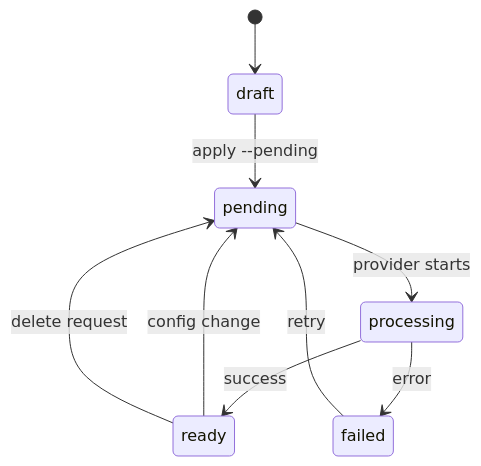
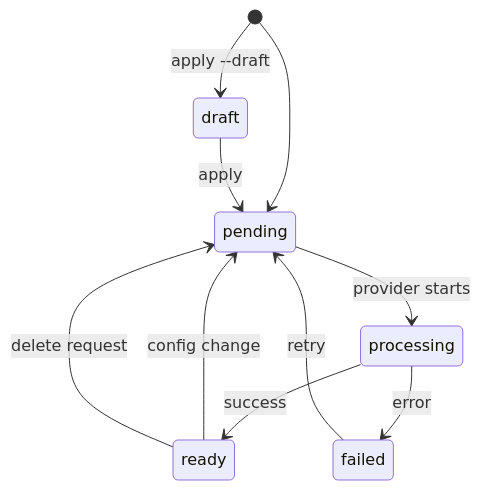
The diagram in concepts/resources.mdx (pragmatiks/docs), drawn with Mermaid before and after one commit. The commit also changed other lines of this file and 10 other files, not shown here.

````diff
--- a/concepts/resources.mdx
+++ b/concepts/resources.mdx
@@ -47,11 +47,12 @@
 ```mermaid
 stateDiagram-v2
-    [*] --> draft
-    draft --> pending: apply --pending
+    [*] --> pending
+    [*] --> draft: apply --draft
+    draft --> pending: apply
     pending --> processing: provider starts
     processing --> ready: success
     processing --> failed: error
     ready --> pending: config change
     failed --> pending: retry
     ready --> pending: delete request
 ```
````
